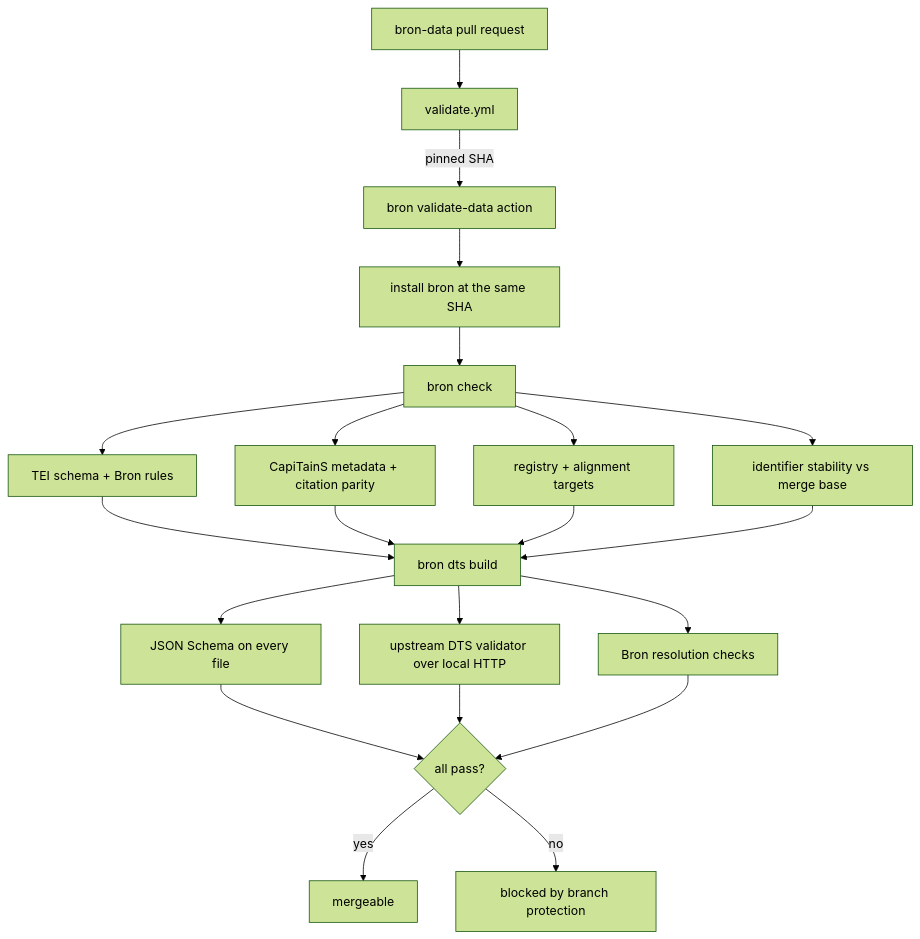
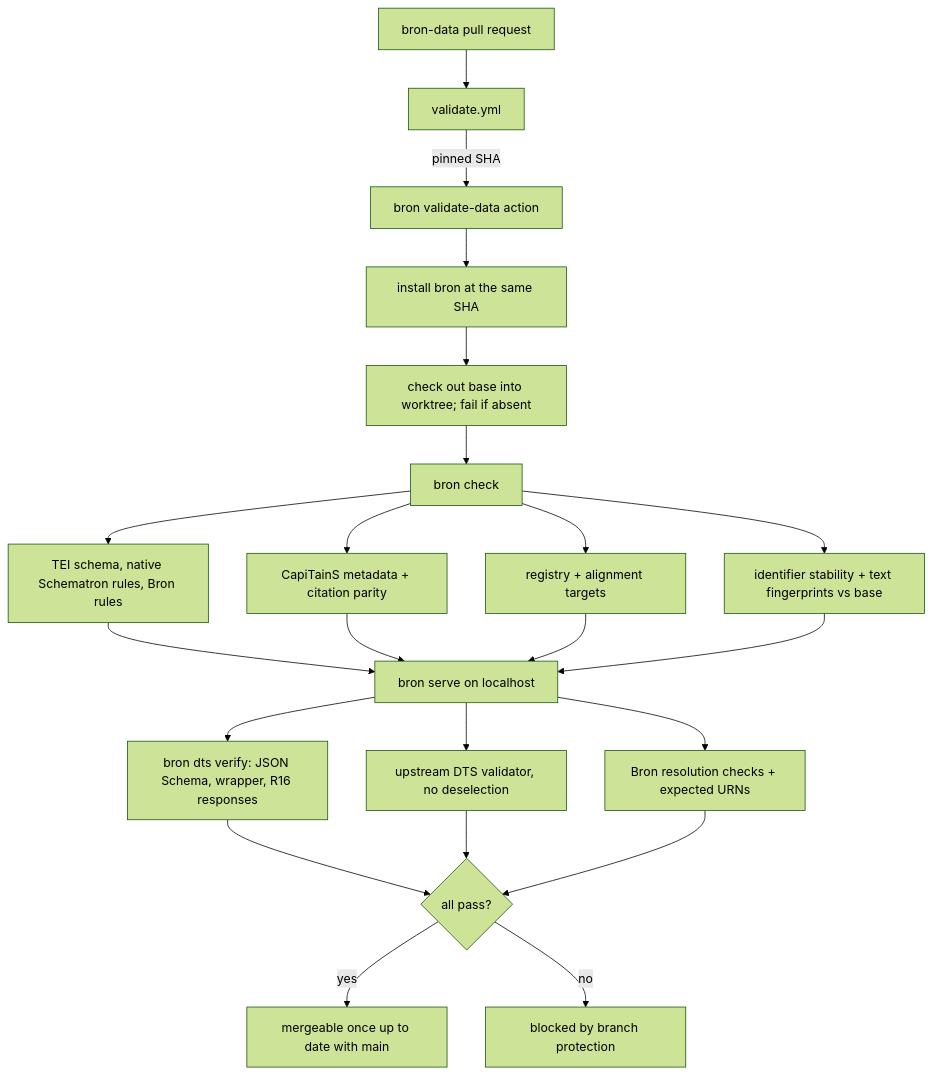
One commit to robertguss/bron changed the first of 4 diagrams in docs/plans/2026-11-03-0447-feat-m0-m1-scaffolding-gd1-tei-plan.md. Above: the diagram before and after it, drawn with Mermaid (forest theme). The commit also changed other lines of this file and 8 other files, not shown here.

````diff
--- a/docs/plans/2026-11-03-0447-feat-m0-m1-scaffolding-gd1-tei-plan.md
+++ b/docs/plans/2026-11-03-0447-feat-m0-m1-scaffolding-gd1-tei-plan.md
@@ -200,18 +303,19 @@
 ```mermaid
 flowchart TB
   PR[bron-data pull request] --> WF[validate.yml]
   WF -->|pinned SHA| ACT[bron validate-data action]
   ACT --> INST[install bron at the same SHA]
-  INST --> CHK[bron check]
-  CHK --> S1[TEI schema + Bron rules]
+  INST --> BASE[check out base into worktree; fail if absent]
+  BASE --> CHK[bron check]
+  CHK --> S1[TEI schema, native Schematron rules, Bron rules]
   CHK --> S2[CapiTainS metadata + citation parity]
   CHK --> S3[registry + alignment targets]
-  CHK --> S4[identifier stability vs merge base]
-  S1 & S2 & S3 & S4 --> BLD[bron dts build]
-  BLD --> V1[JSON Schema on every file]
-  BLD --> V2[upstream DTS validator over local HTTP]
-  BLD --> V3[Bron resolution checks]
+  CHK --> S4[identifier stability + text fingerprints vs base]
+  S1 & S2 & S3 & S4 --> SRV[bron serve on localhost]
+  SRV --> V1[bron dts verify: JSON Schema, wrapper, R16 responses]
+  SRV --> V2[upstream DTS validator, no deselection]
+  SRV --> V3[Bron resolution checks + expected URNs]
   V1 & V2 & V3 --> GATE{all pass?}
-  GATE -->|yes| OK[mergeable]
+  GATE -->|yes| OK[mergeable once up to date with main]
   GATE -->|no| BLOCK[blocked by branch protection]
 ```
````
